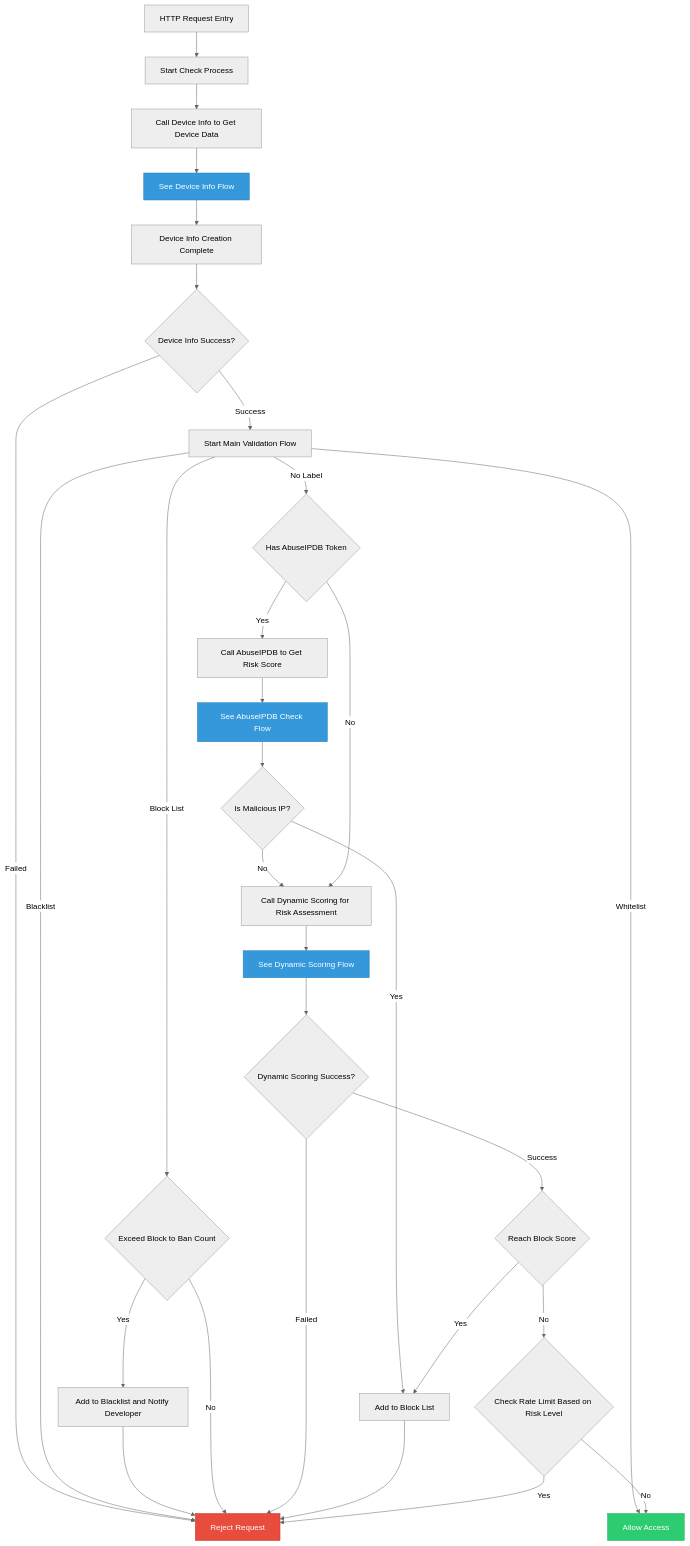
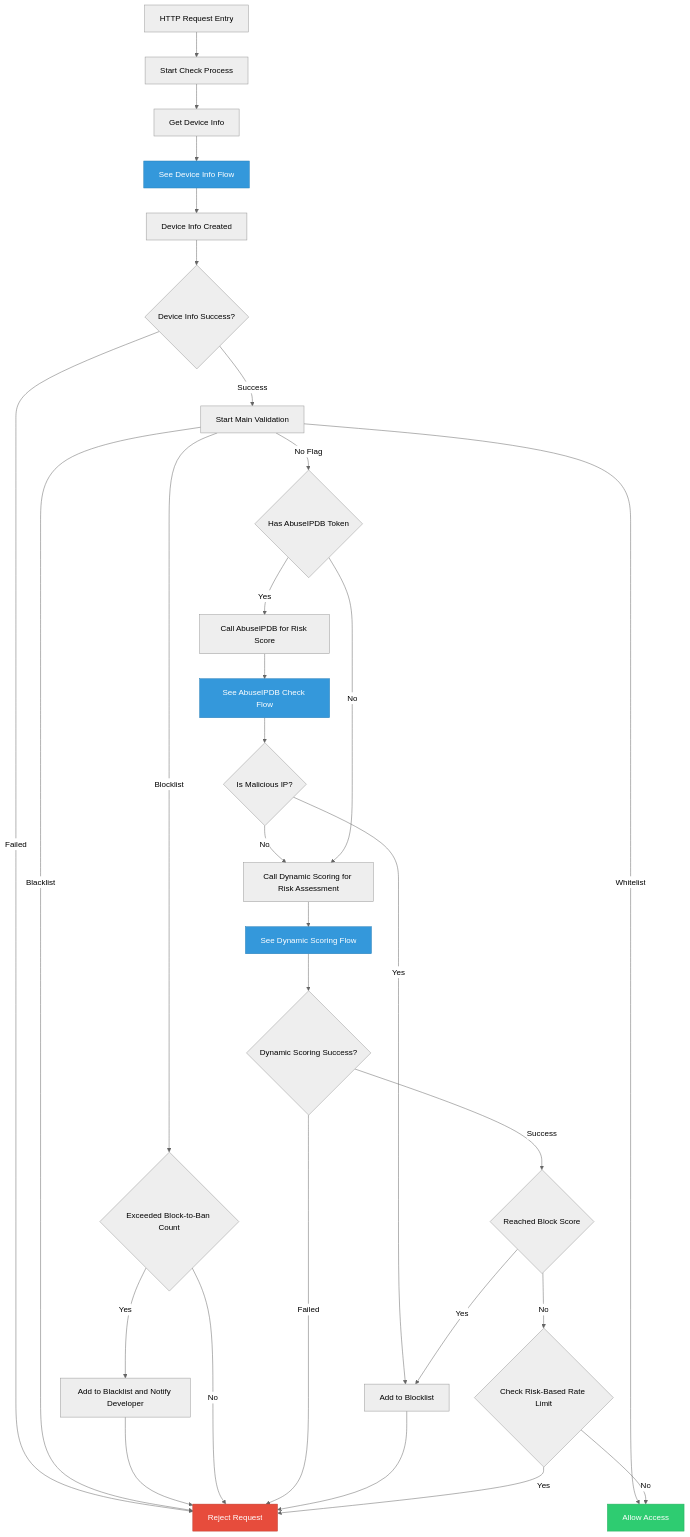
One commit to pardnchiu/golang-ip-guardian changed the first of 4 diagrams in README.md. Above: the diagram before and after it, drawn with Mermaid (neutral theme). The commit also changed other lines of this file and 16 other files, not shown here.

````diff
--- a/README.md
+++ b/README.md
@@ -277,38 +38,36 @@
 ```mermaid
 graph TD
- A[HTTP Request Entry] --> B[Start Check Process]
- B --> C[Call Device Info to Get Device Data]
- %% Device Info simplified view
- C --> C1[See Device Info Flow]:::module
- C1 --> D[Device Info Creation Complete]
- D --> D1{Device Info Success?}
- D1 -->|Failed| REJECT
- %% Main validation logic
- D1 -->|Success| E[Start Main Validation Flow]
- E --> |Whitelist| SUCCESS[Allow Access]
- E -->|Blacklist| REJECT[Reject Request]
- E -->|Block List| I{Exceed Block to Ban Count}
- I -->|Yes| J[Add to Blacklist and Notify Developer]
- J --> REJECT
- I -->|No| REJECT
- E -->|No Label| FFF{Has AbuseIPDB Token}
- FFF -->|Yes| ABUSE[Call AbuseIPDB to Get Risk Score]
- ABUSE --> ABUSE1[See AbuseIPDB Check Flow]:::module
- ABUSE1 --> ABUSE2{Is Malicious IP?}
- ABUSE2 -->|Yes| AD12[Add to Block List]
- ABUSE2 -->|No| L[Call Dynamic Scoring for Risk Assessment]
- FFF -->|No| L
- %% Dynamic Score simplified view
- L --> L1[See Dynamic Scoring Flow]:::module
- L1 --> R1{Dynamic Scoring Success?}
- R1 -->|Failed| REJECT
- R1 -->|Success| T{Reach Block Score}
- T -->|Yes| AD12
- AD12 --> REJECT
- T -->|No| V{Check Rate Limit Based on Risk Level}
- V -->|No| SUCCESS:::success
- V -->|Yes| REJECT:::danger
- classDef module fill: #3498db,stroke: #2980b9,color: #ffffff
- classDef success fill: #2ecc71,stroke: #27ae60,color: #ffffff
- classDef danger fill: #e74c3c,stroke: #c0392b,color: #ffffff
+  A[HTTP Request Entry] --> B[Start Check Process]
+  B --> C[Get Device Info]
+  C --> C1[See Device Info Flow]:::module
+  C1 --> D[Device Info Created]
+  D --> D1{Device Info Success?}
+  D1 -->|Failed| REJECT
+  D1 -->|Success| E[Start Main Validation]
+  E --> |Whitelist| SUCCESS[Allow Access]
+  E -->|Blacklist| REJECT[Reject Request]
+  E -->|Blocklist| I{Exceeded Block-to-Ban Count}
+  I -->|Yes| J[Add to Blacklist and Notify Developer]
+  J --> REJECT
+  I -->|No| REJECT
+  E -->|No Flag| FFF{Has AbuseIPDB Token}
+  FFF -->|Yes| ABUSE[Call AbuseIPDB for Risk Score]
+  ABUSE --> ABUSE1[See AbuseIPDB Check Flow]:::module
+  ABUSE1 --> ABUSE2{Is Malicious IP?}
+  ABUSE2 -->|Yes| AD12[Add to Blocklist]
+  ABUSE2 -->|No| L[Call Dynamic Scoring for Risk Assessment]
+  FFF -->|No| L
+  L --> L1[See Dynamic Scoring Flow]:::module
+  L1 --> R1{Dynamic Scoring Success?}
+  R1 -->|Failed| REJECT
+  R1 -->|Success| T{Reached Block Score}
+  T -->|Yes| AD12
+  AD12 --> REJECT
+  T -->|No| V{Check Risk-Based Rate Limit}
+  V -->|No| SUCCESS:::success
+  V -->|Yes| REJECT:::danger
+  
+  classDef module fill:#3498db,stroke:#2980b9,color:#ffffff
+  classDef success fill:#2ecc71,stroke:#27ae60,color:#ffffff
+  classDef danger fill:#e74c3c,stroke:#c0392b,color:#ffffff
 ```
````
